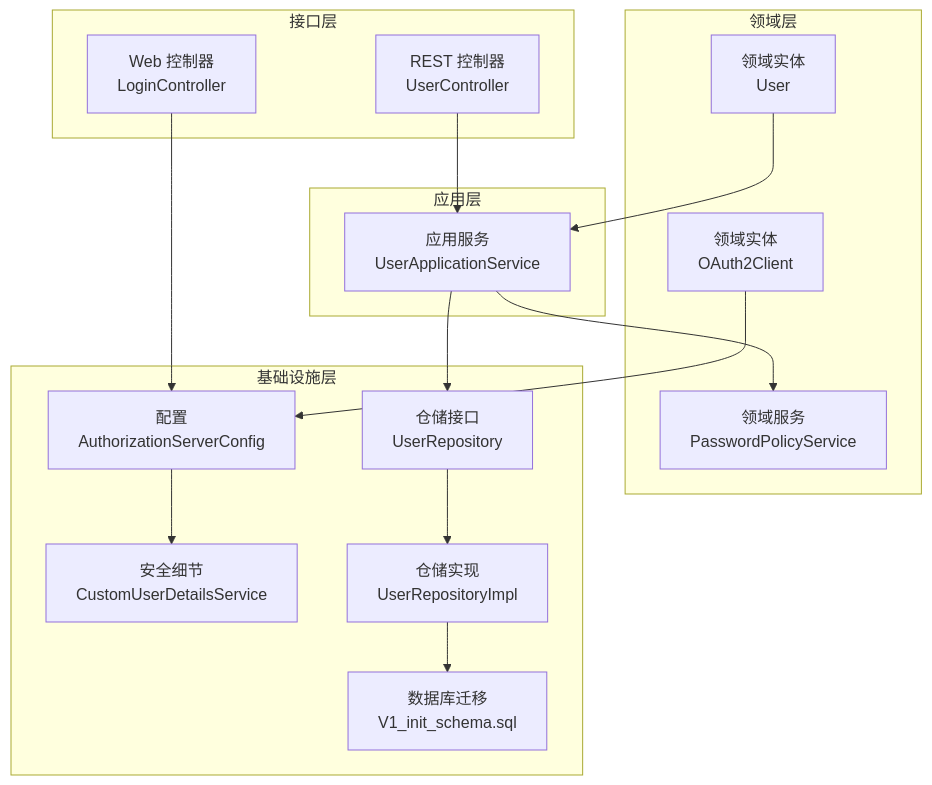
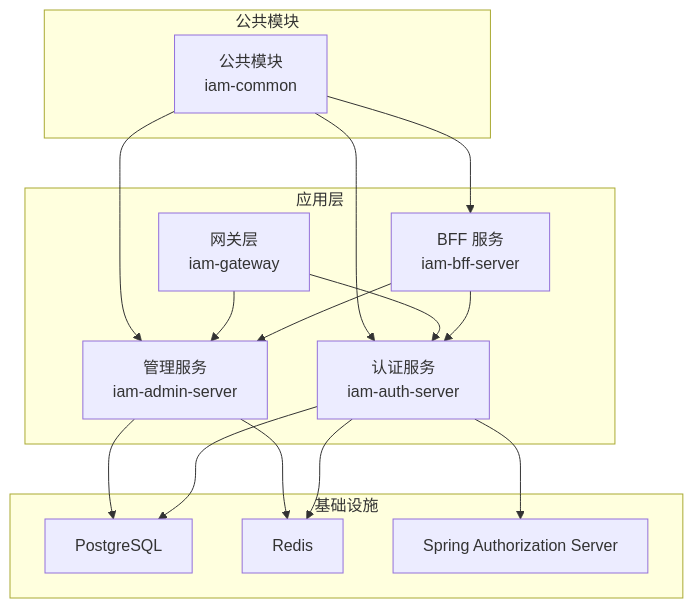
One commit to fq0121104930716/iam-platform changed the first of 8 diagrams in .qoder/repowiki/zh/content/项目概述/项目概述.md. Above: the diagram before and after it, drawn with Mermaid. The commit also changed other lines of this file and 222 other files, not shown here.

````diff
--- a/.qoder/repowiki/zh/content/项目概述/项目概述.md
+++ b/.qoder/repowiki/zh/content/项目概述/项目概述.md
@@ -49,31 +54,29 @@
 ```mermaid
 graph TB
-subgraph "接口层"
-RC["REST 控制器<br/>UserController"]
-WC["Web 控制器<br/>LoginController"]
+subgraph "应用层"
+AUTH["认证服务<br/>iam-auth-server"]
+ADMIN["管理服务<br/>iam-admin-server"]
+BFF["BFF 服务<br/>iam-bff-server"]
+GATEWAY["网关层<br/>iam-gateway"]
 end
-subgraph "应用层"
-UAS["应用服务<br/>UserApplicationService"]
+subgraph "公共模块"
+COMMON["公共模块<br/>iam-common"]
 end
-subgraph "领域层"
-UE["领域实体<br/>User"]
-OCE["领域实体<br/>OAuth2Client"]
-RPS["领域服务<br/>PasswordPolicyService"]
+subgraph "基础设施"
+DB["PostgreSQL"]
+CACHE["Redis"]
+AS["Spring Authorization Server"]
 end
-subgraph "基础设施层"
-ASC["配置<br/>AuthorizationServerConfig"]
-CUDS["安全细节<br/>CustomUserDetailsService"]
-URP["仓储接口<br/>UserRepository"]
-URI["仓储实现<br/>UserRepositoryImpl"]
-DB["数据库迁移<br/>V1_init_schema.sql"]
-end
-RC --> UAS
-WC --> ASC
-UAS --> URP
-UAS --> RPS
-URP --> URI
-URI --> DB
-ASC --> CUDS
-UE --> UAS
-OCE --> ASC
+BFF --> AUTH
+BFF --> ADMIN
+GATEWAY --> AUTH
+GATEWAY --> ADMIN
+AUTH --> DB
+AUTH --> CACHE
+AUTH --> AS
+ADMIN --> DB
+ADMIN --> CACHE
+COMMON --> AUTH
+COMMON --> ADMIN
+COMMON --> BFF
 ```
````
